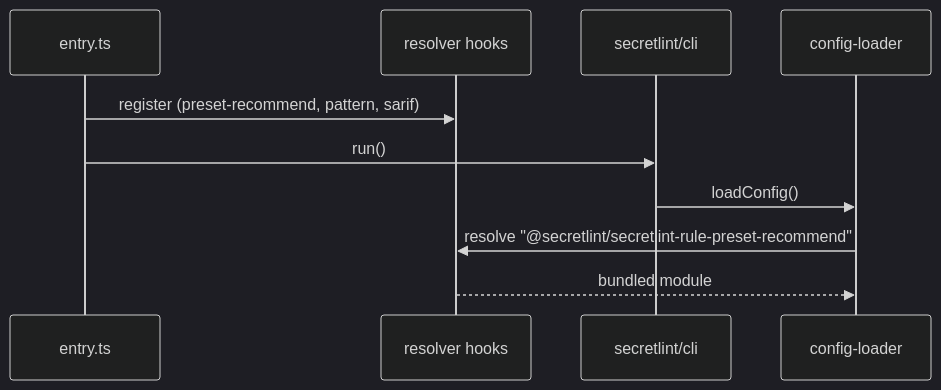
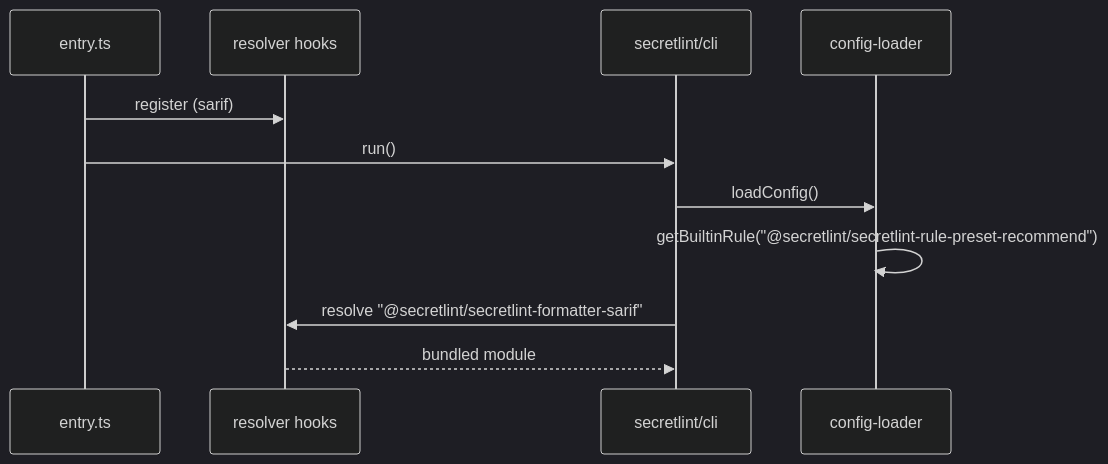
The diagram in docs/products/secretlint/features/single-executable-binary/design.ja.md (secretlint/secretlint), drawn with Mermaid (dark theme) before and after one commit. The commit also changed other lines of this file and 17 other files, not shown here.

````diff
--- a/docs/products/secretlint/features/single-executable-binary/design.ja.md
+++ b/docs/products/secretlint/features/single-executable-binary/design.ja.md
@@ -51,12 +52,13 @@
 ```mermaid
 sequenceDiagram
     participant Entry as entry.ts
     participant Hooks as resolver hooks
     participant CLI as secretlint/cli
     participant Loader as config-loader
-    Entry->>Hooks: register (preset-recommend, pattern, sarif)
+    Entry->>Hooks: register (sarif)
     Entry->>CLI: run()
     CLI->>Loader: loadConfig()
-    Loader->>Hooks: resolve "@secretlint/secretlint-rule-preset-recommend"
-    Hooks-->>Loader: bundled module
+    Loader->>Loader: getBuiltinRule("@secretlint/secretlint-rule-preset-recommend")
+    CLI->>Hooks: resolve "@secretlint/secretlint-formatter-sarif"
+    Hooks-->>CLI: bundled module
 ```
````
